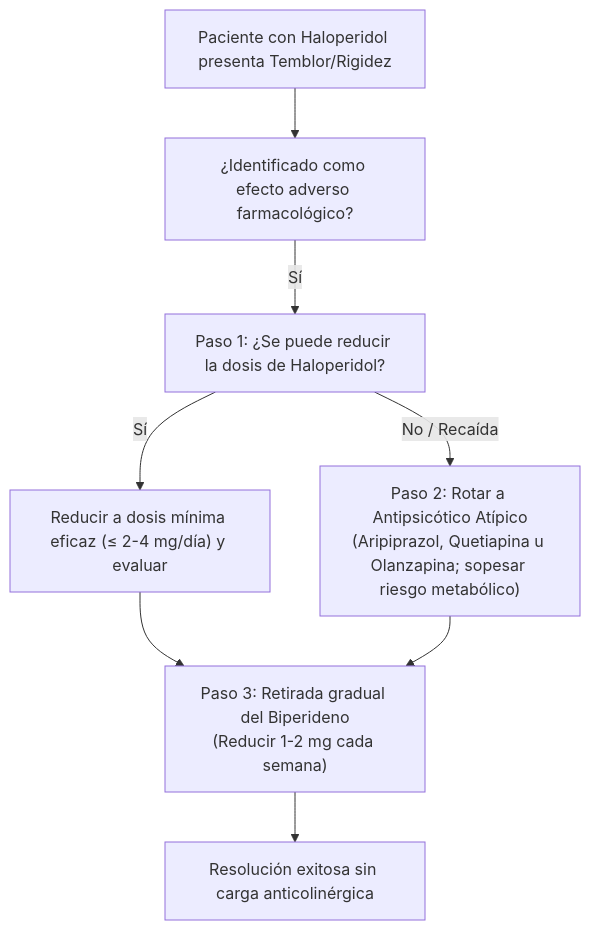
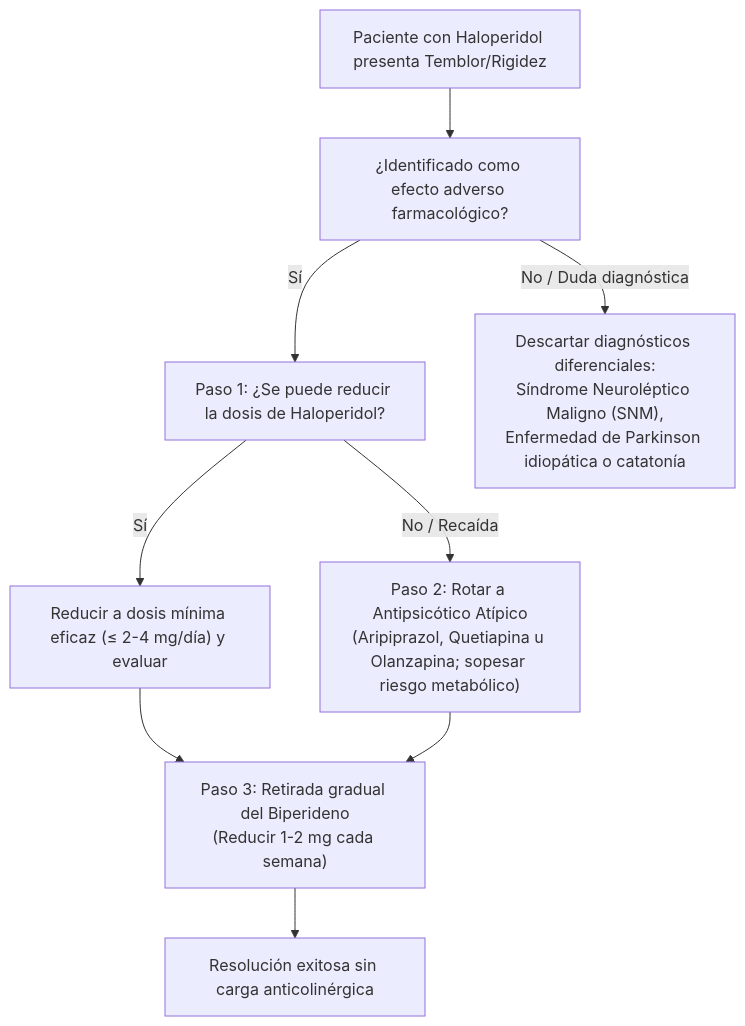
Before and after one commit to anacolinaarismendi/Sofia: the diagram in pre_training/03_cascadas_prescripcion_y_desprescripcion/cascada_haloperidol_biperideno_parkinsonismo.md, drawn with Mermaid. The commit also changed other lines of this file and 38 other files, not shown here.

````diff
--- a/pre_training/03_cascadas_prescripcion_y_desprescripcion/cascada_haloperidol_biperideno_parkinsonismo.md
+++ b/pre_training/03_cascadas_prescripcion_y_desprescripcion/cascada_haloperidol_biperideno_parkinsonismo.md
@@ -29,10 +31,11 @@
 ```mermaid
 flowchart TD
     A["Paciente con Haloperidol presenta Temblor/Rigidez"] --> B["¿Identificado como efecto adverso farmacológico?"]
     B -->|Sí| C["Paso 1: ¿Se puede reducir la dosis de Haloperidol?"]
+    B -->|No / Duda diagnóstica| H["Descartar diagnósticos diferenciales:<br>Síndrome Neuroléptico Maligno (SNM),<br>Enfermedad de Parkinson idiopática o catatonía"]
     C -->|Sí| D["Reducir a dosis mínima eficaz (≤ 2-4 mg/día) y evaluar"]
     C -->|No / Recaída| E["Paso 2: Rotar a Antipsicótico Atípico<br>(Aripiprazol, Quetiapina u Olanzapina; sopesar riesgo metabólico)"]
     D --> F["Paso 3: Retirada gradual del Biperideno<br>(Reducir 1-2 mg cada semana)"]
     E --> F
     F --> G["Resolución exitosa sin carga anticolinérgica"]
 ```
````
